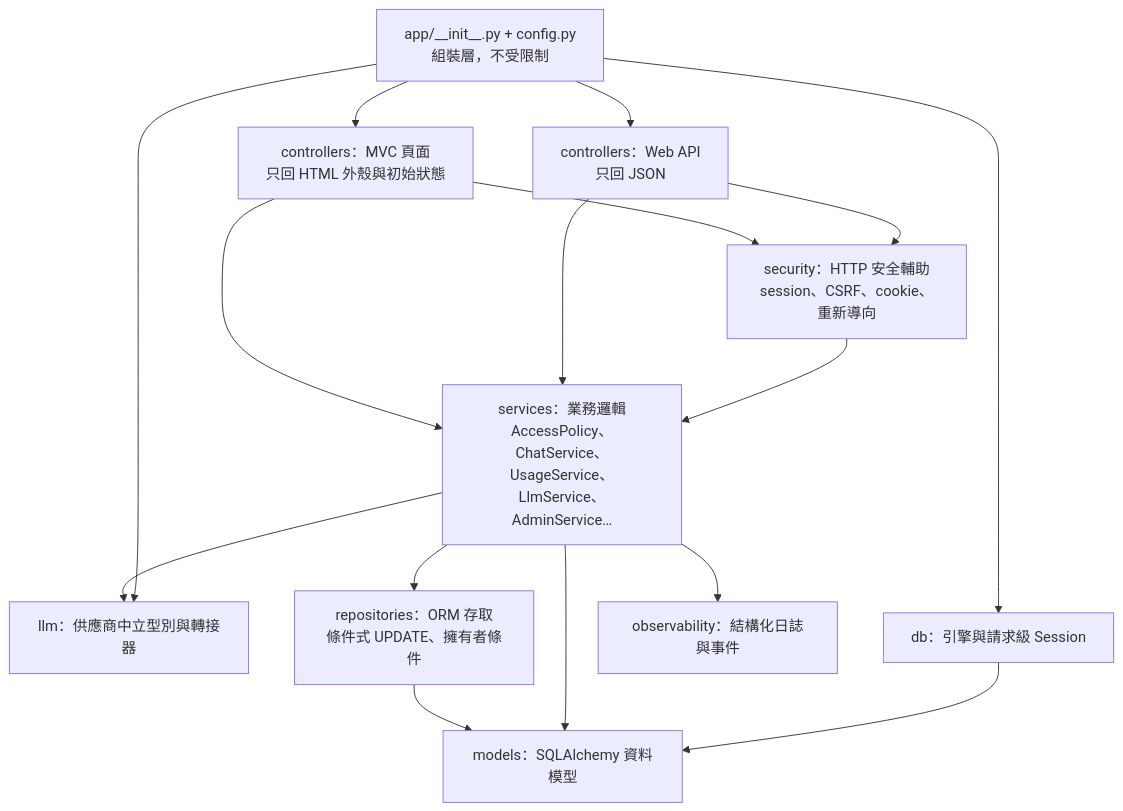
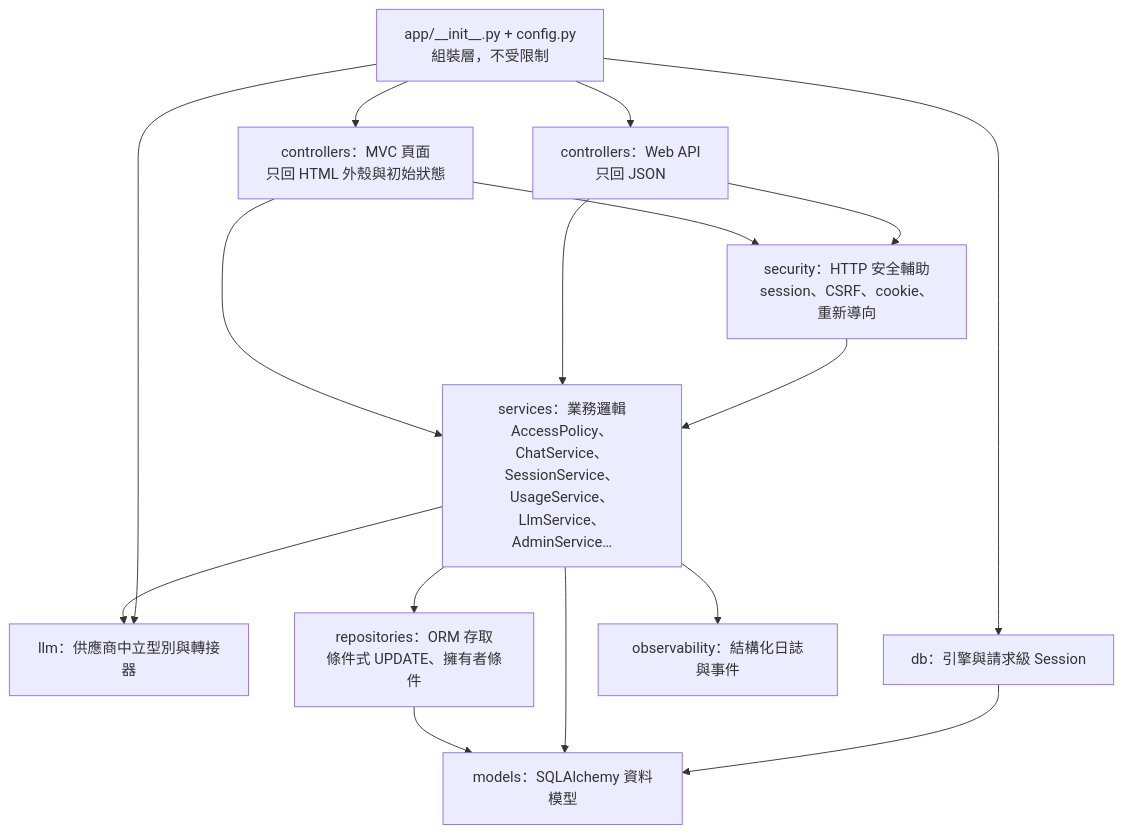
The second of 4 diagrams in docs/系統架構-architecture.md (pp466pp466/R.A.C), drawn with Mermaid before and after one commit. The commit also changed other lines of this file and 74 other files, not shown here.

````diff
--- a/docs/系統架構-architecture.md
+++ b/docs/系統架構-architecture.md
@@ -39,29 +40,29 @@
 ```mermaid
 flowchart TD
     Pages["controllers：MVC 頁面<br/>只回 HTML 外殼與初始狀態"]
     Api["controllers：Web API<br/>只回 JSON"]
     Sec["security：HTTP 安全輔助<br/>session、CSRF、cookie、重新導向"]
-    Svc["services：業務邏輯<br/>AccessPolicy、ChatService、UsageService、LlmService、AdminService…"]
+    Svc["services：業務邏輯<br/>AccessPolicy、ChatService、SessionService、UsageService、LlmService、AdminService…"]
     Llm["llm：供應商中立型別與轉接器"]
     Repo["repositories：ORM 存取<br/>條件式 UPDATE、擁有者條件"]
     Model["models：SQLAlchemy 資料模型"]
     Db["db：引擎與請求級 Session"]
     Obs["observability：結構化日誌與事件"]
     Cfg["app/__init__.py + config.py<br/>組裝層，不受限制"]
 
     Pages --> Svc
     Api --> Svc
     Pages --> Sec
     Api --> Sec
     Sec --> Svc
     Svc --> Repo
     Svc --> Llm
     Svc --> Obs
     Repo --> Model
     Svc --> Model
     Db --> Model
     Cfg --> Pages
     Cfg --> Api
     Cfg --> Db
     Cfg --> Llm
 ```
````
